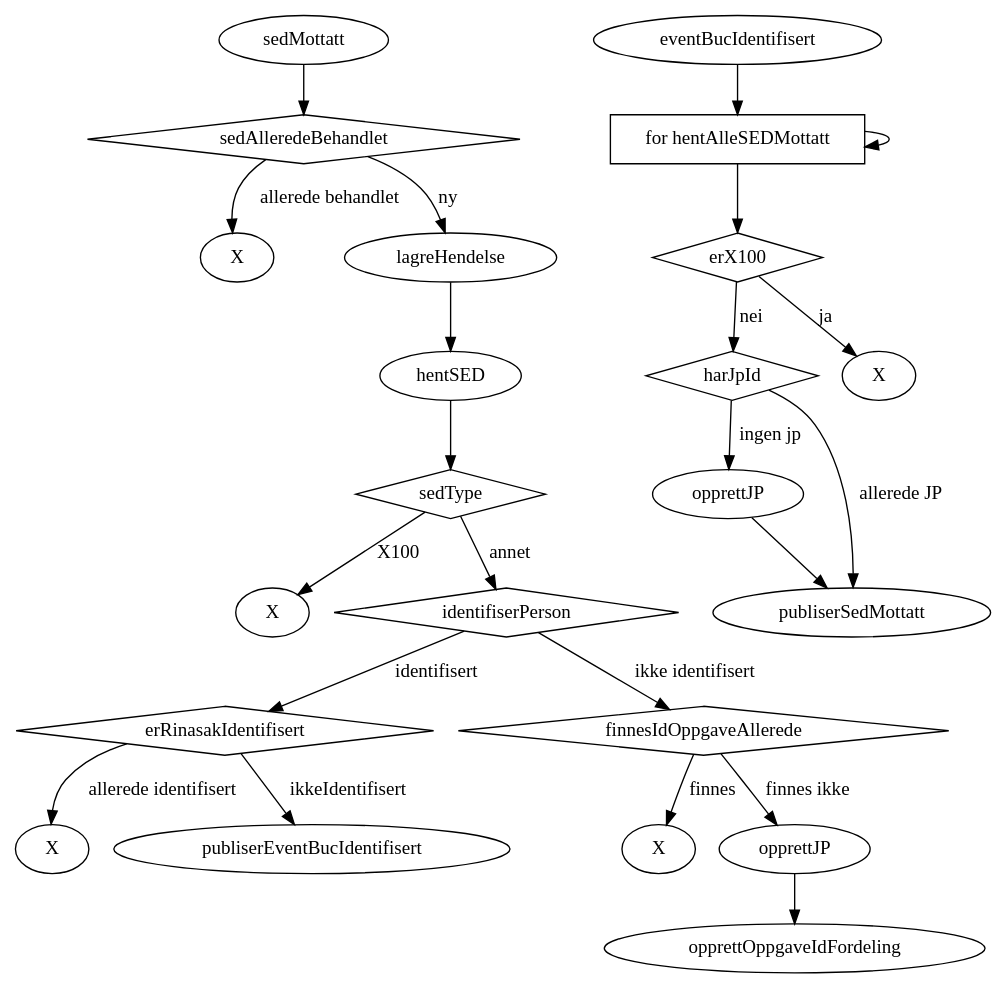
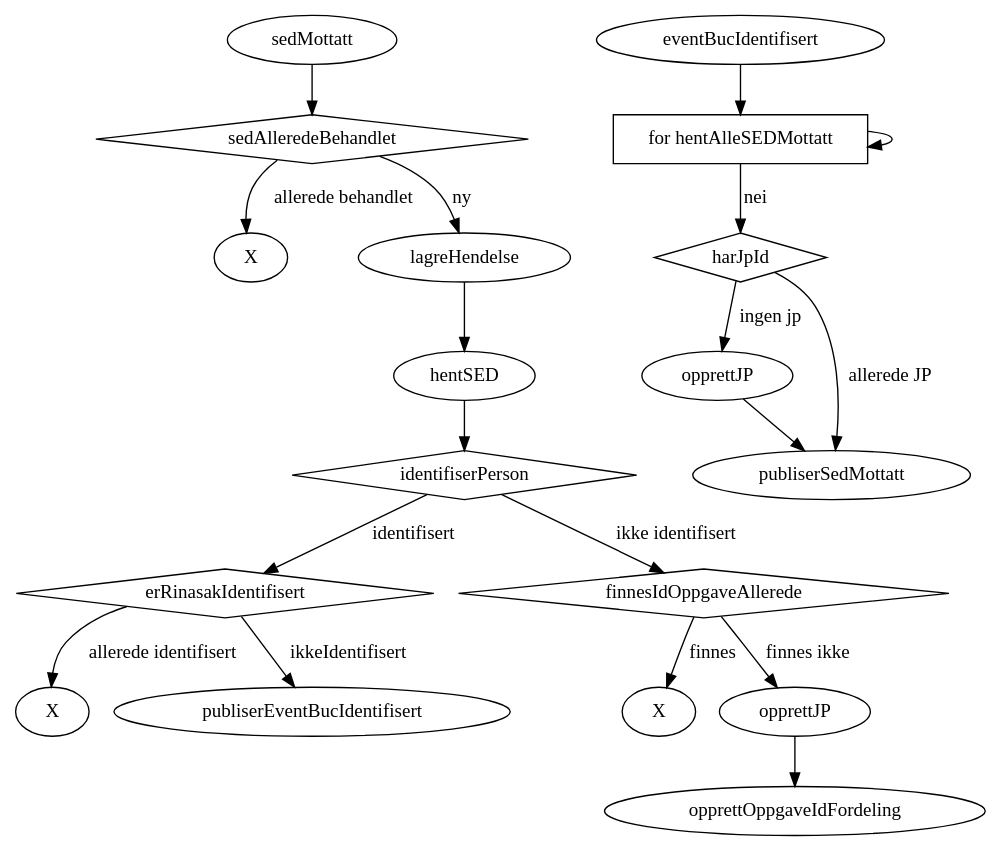
Before and after one commit to navikt/melosys-eessi: the diagram in diagrammer/SedMottak.dot, drawn with Graphviz. The commit also changed 10 other files, not shown here.

```diff
--- a/diagrammer/SedMottak.dot
+++ b/diagrammer/SedMottak.dot
@@ -1,49 +1,38 @@
 digraph SEDMottak {
     X_sedAlleredeBehandlet [label="X"];
-    X_x100 [label="X"];
     X_lagreIdentifisertPerson [label="X"];
     X_opprettOppgaveIdentifisering [label="X"];
     sedAlleredeBehandlet [shape=diamond];
-    sedType [shape=diamond];
     identifiserPerson [shape=diamond];
     erRinasakIdentifisert [shape=diamond];
     finnesIdOppgaveAllerede [shape=diamond];
 
     sedMottatt -> sedAlleredeBehandlet;
     sedAlleredeBehandlet -> X_sedAlleredeBehandlet [label="allerede behandlet"];
 
     sedAlleredeBehandlet -> lagreHendelse [label="ny"];
     lagreHendelse -> hentSED;
-
-    hentSED -> sedType;
-    sedType -> X_x100 [label="X100"];
-    sedType -> identifiserPerson [label="annet"];
+    hentSED -> identifiserPerson;
 
     identifiserPerson -> erRinasakIdentifisert [label="identifisert"];
     erRinasakIdentifisert -> X_lagreIdentifisertPerson [label="allerede identifisert"];
     erRinasakIdentifisert -> publiserEventBucIdentifisert [label="ikkeIdentifisert"]
 
     identifiserPerson -> finnesIdOppgaveAllerede [label="ikke identifisert"];
     finnesIdOppgaveAllerede -> X_opprettOppgaveIdentifisering [label="finnes"]
     finnesIdOppgaveAllerede -> opprettJP [label="finnes ikke"]
     opprettJP -> opprettOppgaveIdFordeling
 
     subgraph BucIdentifisert {
-        erX100 [shape=diamond];
         harJpId [shape=diamond];
-        X_BucIdentifisert_x100 [label="X"];
         opprettJP_BucIdentifisert [label="opprettJP"];
         hentAlleSEDMottatt [shape=rectangle, label="for hentAlleSEDMottatt"];
 
-        eventBucIdentifisert;
         eventBucIdentifisert -> hentAlleSEDMottatt;
         hentAlleSEDMottatt -> hentAlleSEDMottatt;
-        hentAlleSEDMottatt -> erX100;
-        erX100 -> X_BucIdentifisert_x100 [label="ja"];
-
-        erX100 -> harJpId [label="nei"];
+        hentAlleSEDMottatt -> harJpId [label="nei"];
         harJpId -> publiserSedMottatt [label="allerede JP"];
         harJpId -> opprettJP_BucIdentifisert [label="ingen jp"];
         opprettJP_BucIdentifisert -> publiserSedMottatt;
     }
 }
```
